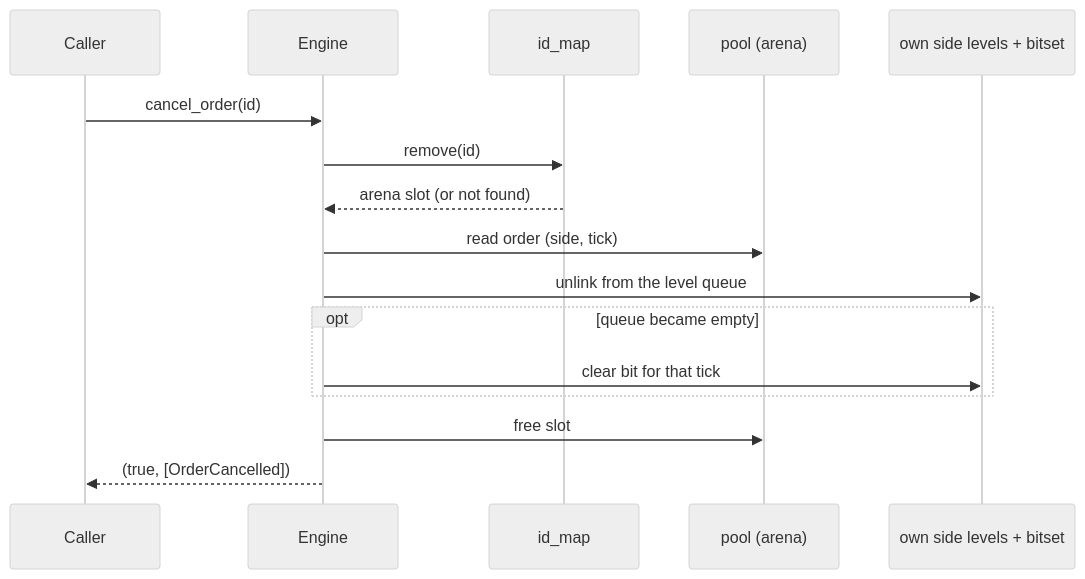
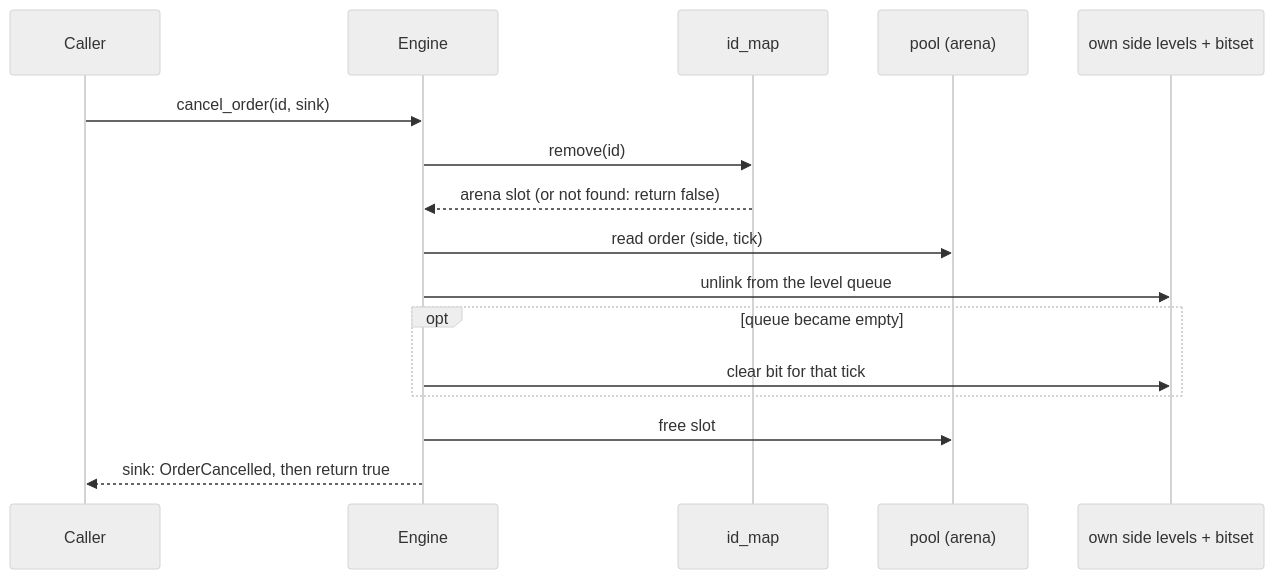
Before and after one commit to daohainam/rust-matching-engine: the third of 3 diagrams in docs/02-architecture.md, drawn with Mermaid (neutral theme). The commit also changed other lines of this file, not shown here.

First line of the commit message:
docs(ch02): update the architecture overview

````diff
--- a/docs/02-architecture.md
+++ b/docs/02-architecture.md
@@ -182,18 +184,18 @@
 ```mermaid
 sequenceDiagram
     participant C as Caller
     participant E as Engine
     participant M as id_map
     participant P as pool (arena)
     participant L as own side levels + bitset
-    C->>E: cancel_order(id)
+    C->>E: cancel_order(id, sink)
     E->>M: remove(id)
-    M-->>E: arena slot (or not found)
+    M-->>E: arena slot (or not found: return false)
     E->>P: read order (side, tick)
     E->>L: unlink from the level queue
     opt queue became empty
         E->>L: clear bit for that tick
     end
     E->>P: free slot
-    E-->>C: (true, [OrderCancelled])
+    E-->>C: sink: OrderCancelled, then return true
 ```
````
